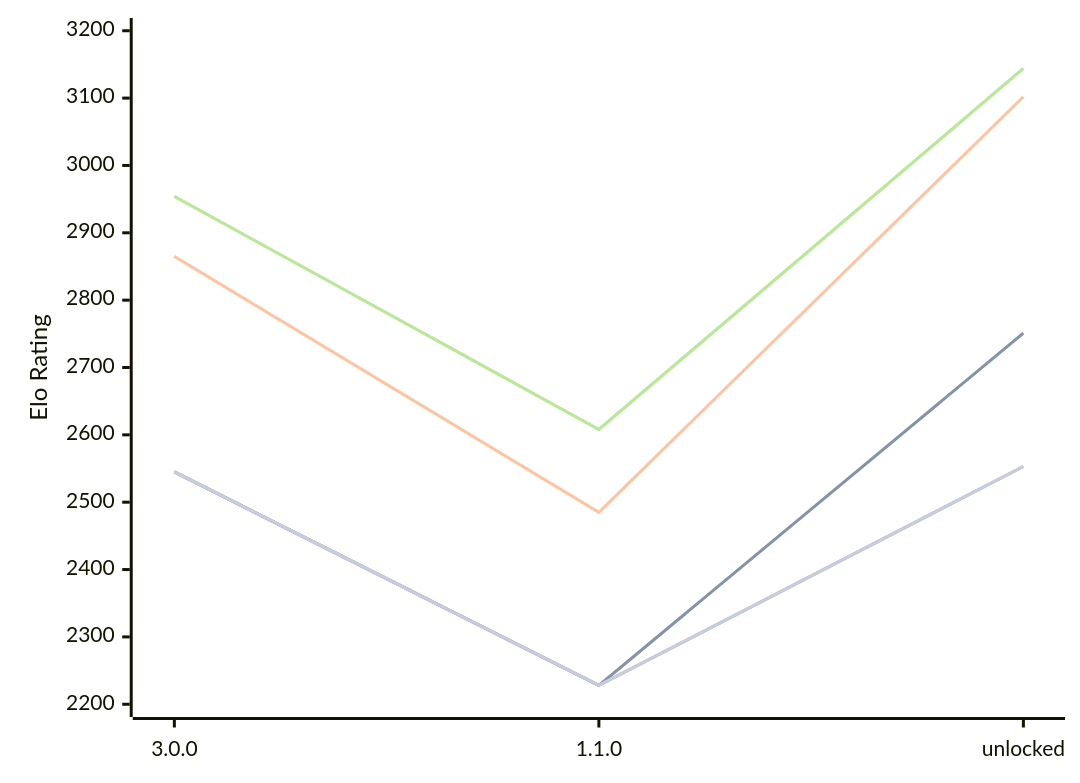
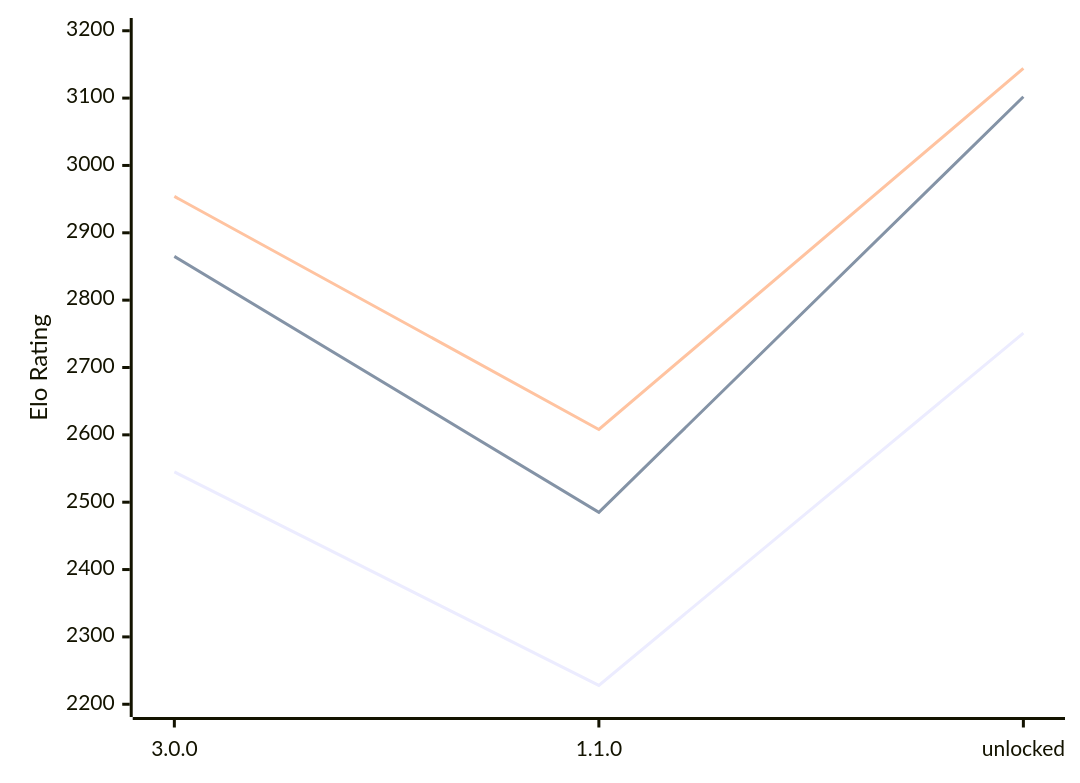
The diagram in engines/Potential.md (computer-chess-index/cci), drawn with Mermaid before and after one commit. The commit also changed other lines of this file, not shown here.

````diff
--- a/engines/Potential.md
+++ b/engines/Potential.md
@@ -49,13 +49,9 @@
 ```mermaid
 %%{init: {"theme":"base","themeVariables":{"seriesColors:['#a3a3a3','#222221','#faa371']}}}%%
 xychart-beta
   x-axis ["3.0.0", "1.1.0", "unlocked"]
   y-axis "Elo Rating" 2200 --> 3200
-  line "" [2545, 2228, 2751]
   line "T1: STC (8.0+0.08s)" [2545, 2228, 2751]
   line "T1: LTC (60.0+0.60s)" [2865, 2485, 3102]
-  line "" [2954, 2608, 3144]
   line "T1: VLTC (2m24s+1.12s)" [2954, 2608, 3144]
-  line "" [2545, 2228,2553]
-  line "E1: STC (8.0+0.08s)" [2545, 2228,2553]
 ```
````
